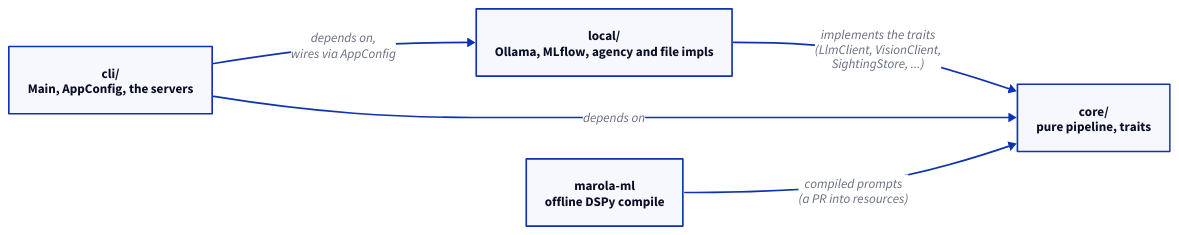
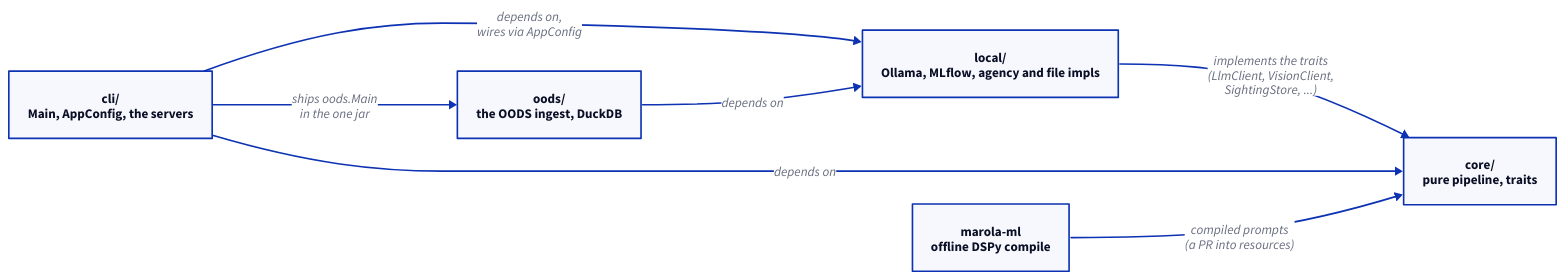
One commit to marola-dev/marola-app changed the first of 2 diagrams in docs/1-design.md. Above: the diagram before and after it, drawn with D2. The commit also changed other lines of this file and 8 other files, not shown here.

First line of the commit message:
MIP-0075: feat(oods): the oods sbt module and marola.oods.Main

````diff
--- a/docs/1-design.md
+++ b/docs/1-design.md
@@ -15,12 +17,15 @@
 ```d2
 direction: right
 core: "core/\npure pipeline, traits"
 local: "local/\nOllama, MLflow, agency and file impls"
 cli: "cli/\nMain, AppConfig, the servers"
+oods: "oods/\nthe OODS ingest, DuckDB"
 ml: "marola-ml\noffline DSPy compile"
 
 local -> core: "implements the traits\n(LlmClient, VisionClient,\nSightingStore, ...)"
 cli -> core: "depends on"
 cli -> local: "depends on,\nwires via AppConfig"
+oods -> local: "depends on"
+cli -> oods: "ships oods.Main\nin the one jar"
 ml -> core: "compiled prompts\n(a PR into resources)"
 ```
````
